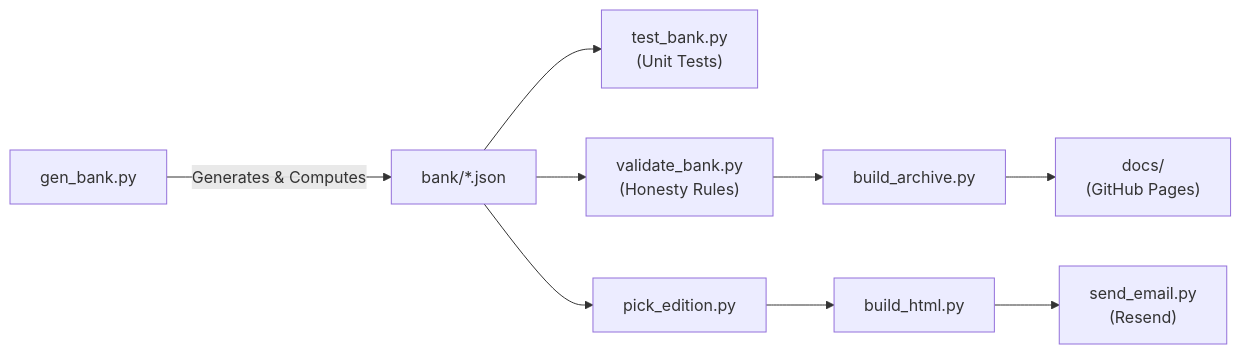
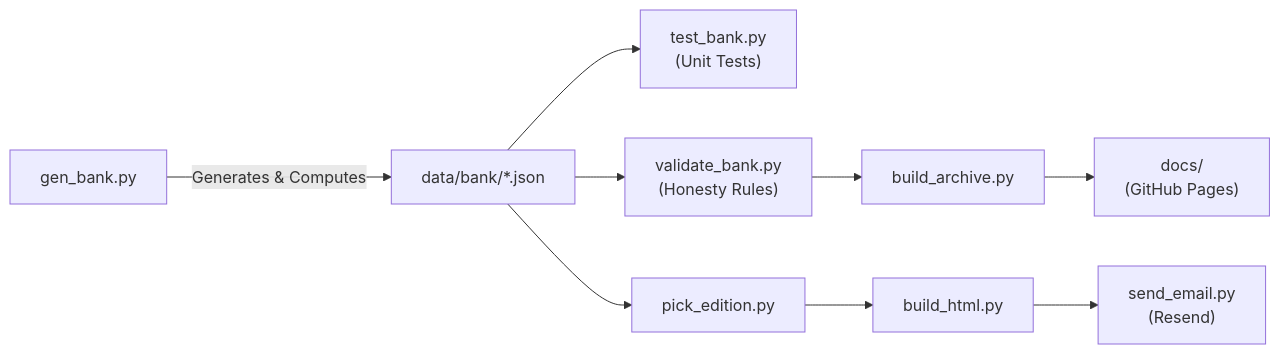
The diagram in README.md (omax404/acta-problemata), drawn with Mermaid before and after one commit. The commit also changed other lines of this file and 28 other files, not shown here.

First line of the commit message:
Move all data under data/ (bank, inbox); add logo to sheet masthead

````diff
--- a/README.md
+++ b/README.md
@@ -18,11 +18,11 @@
 ```mermaid
 flowchart LR
-    A["gen_bank.py"] -->|"Generates & Computes"| B["bank/*.json"]
+    A["gen_bank.py"] -->|"Generates & Computes"| B["data/bank/*.json"]
     B --> C["test_bank.py<br/>(Unit Tests)"]
     B --> D["validate_bank.py<br/>(Honesty Rules)"]
     D --> E["build_archive.py"]
     E --> F["docs/<br/>(GitHub Pages)"]
     B --> G["pick_edition.py"]
     G --> H["build_html.py"]
     H --> I["send_email.py<br/>(Resend)"]
 ```
````
